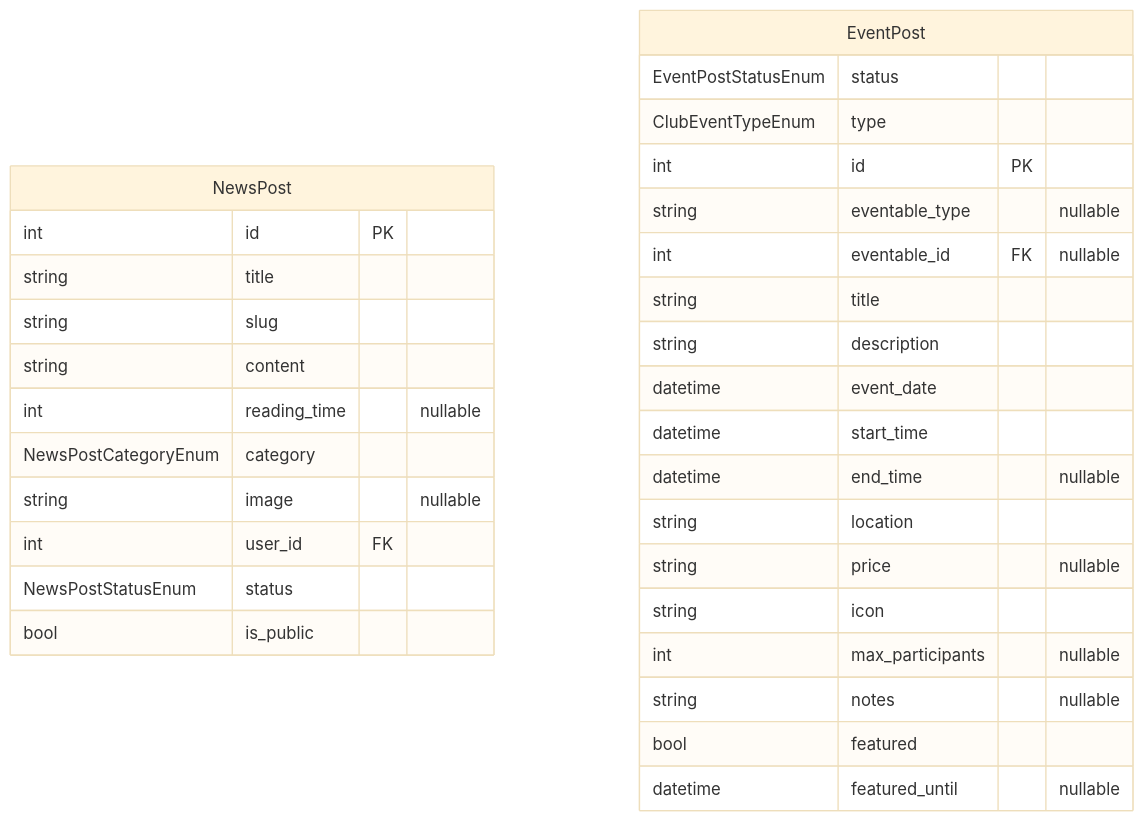
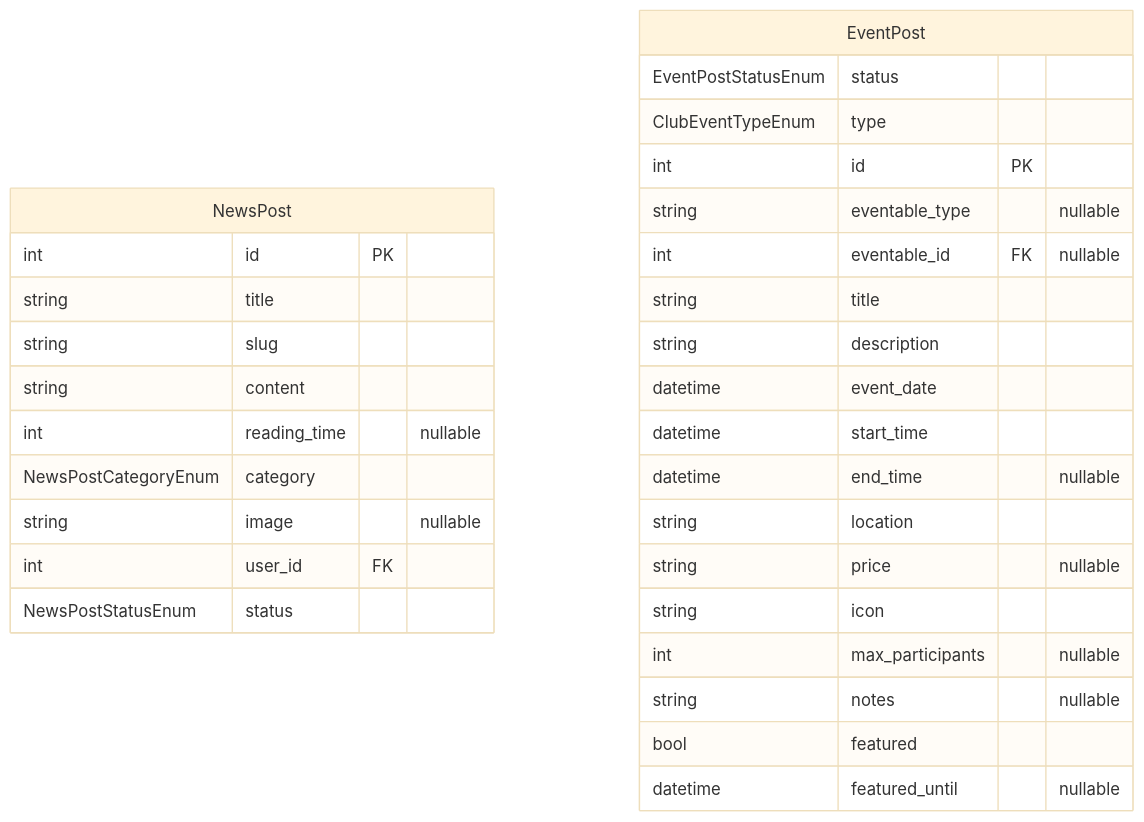
Before and after one commit to Paupoo/tabletennisclub-app: the diagram in docs/erd/clubposts.md, drawn with Mermaid (base theme). The commit also changed 17 other files, not shown here.

````diff
--- a/docs/erd/clubposts.md
+++ b/docs/erd/clubposts.md
@@ -3,35 +3,34 @@
 ```mermaid
 erDiagram
     NewsPost {
         int id PK
         string title
         string slug
         string content
         int reading_time "nullable"
         NewsPostCategoryEnum category
         string image "nullable"
         int user_id FK
         NewsPostStatusEnum status
-        bool is_public
     }
     EventPost {
         EventPostStatusEnum status
         ClubEventTypeEnum type
         int id PK
         string eventable_type "nullable"
         int eventable_id FK "nullable"
         string title
         string description
         datetime event_date
         datetime start_time
         datetime end_time "nullable"
         string location
         string price "nullable"
         string icon
         int max_participants "nullable"
         string notes "nullable"
         bool featured
         datetime featured_until "nullable"
     }
 
 ```
````
